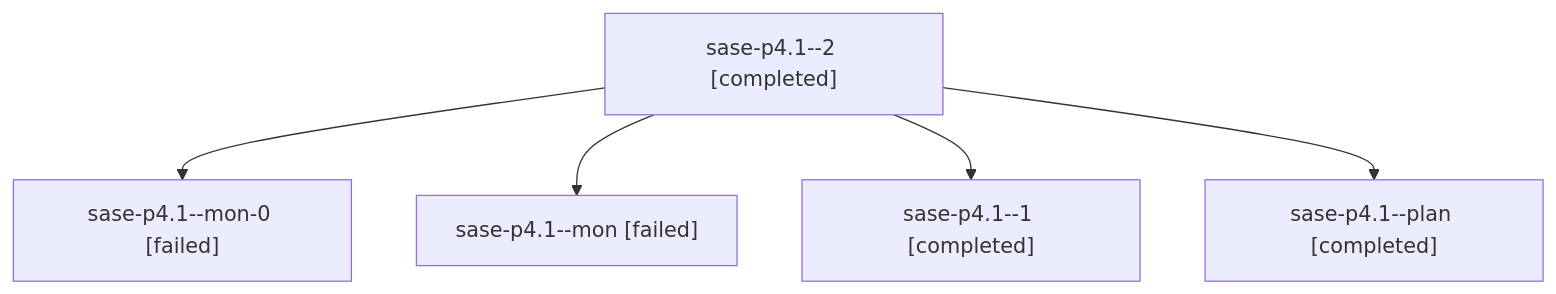
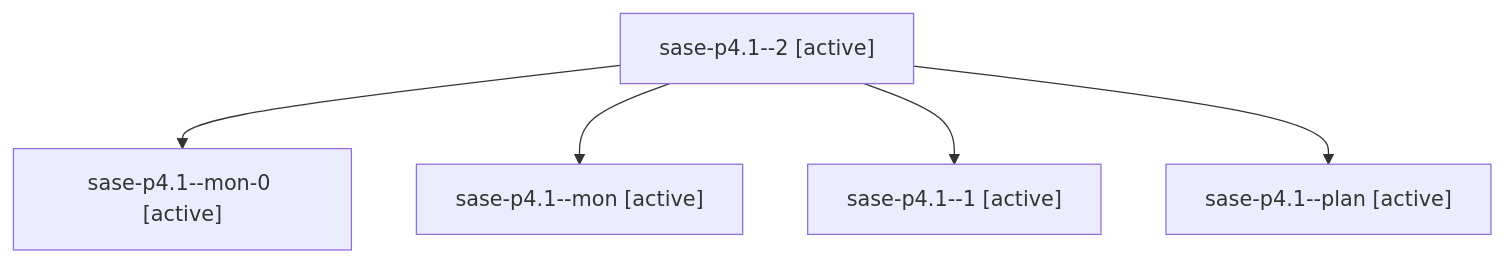
The diagram in families/bbugyi200.athena.sase-p4.1.md (sase-org/sase--agents), drawn with Mermaid before and after one commit. The commit also changed other lines of this file and 35830 other files, not shown here.

````diff
--- a/families/bbugyi200.athena.sase-p4.1.md
+++ b/families/bbugyi200.athena.sase-p4.1.md
@@ -9,12 +9,12 @@
 ```mermaid
 flowchart TD
-  n0["sase-p4.1--2 [completed]"]
-  n1["sase-p4.1--mon-0 [failed]"]
+  n0["sase-p4.1--2 [active]"]
+  n1["sase-p4.1--mon-0 [active]"]
   n0 --> n1
-  n2["sase-p4.1--mon [failed]"]
+  n2["sase-p4.1--mon [active]"]
   n0 --> n2
-  n3["sase-p4.1--1 [completed]"]
+  n3["sase-p4.1--1 [active]"]
   n0 --> n3
-  n4["sase-p4.1--plan [completed]"]
+  n4["sase-p4.1--plan [active]"]
   n0 --> n4
 ```
````
